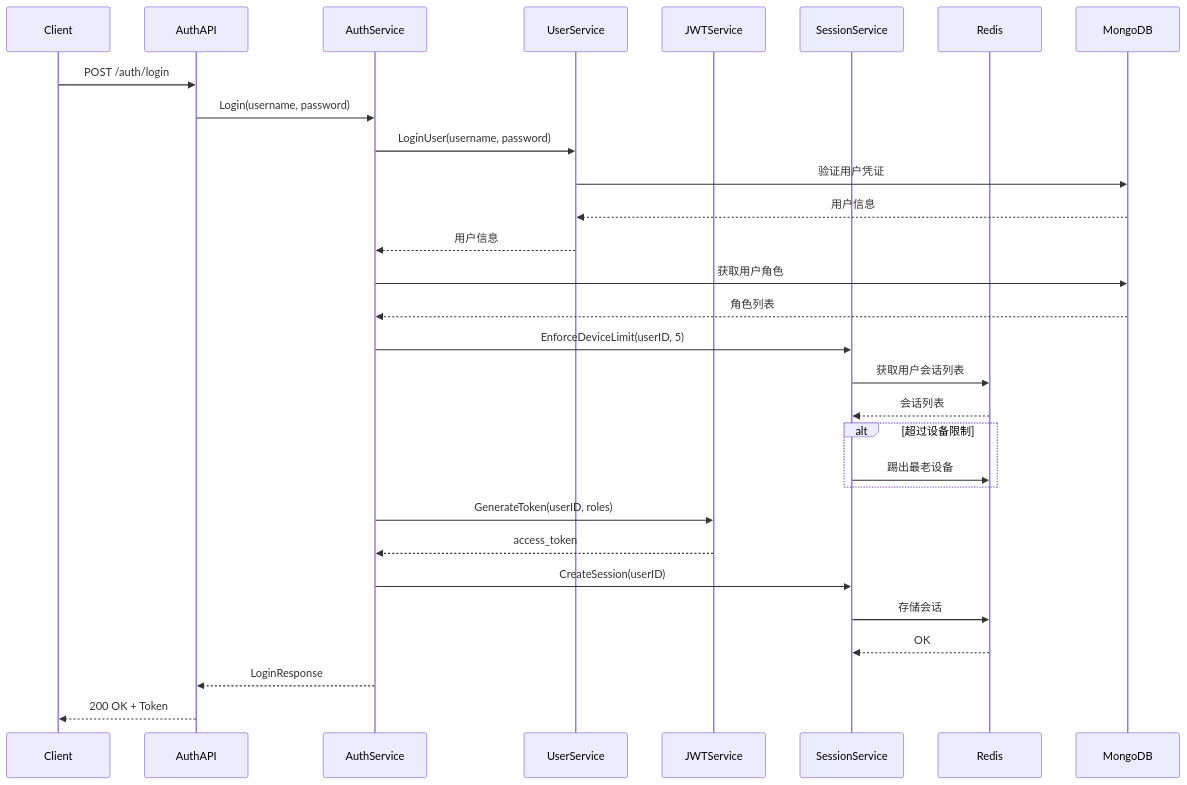
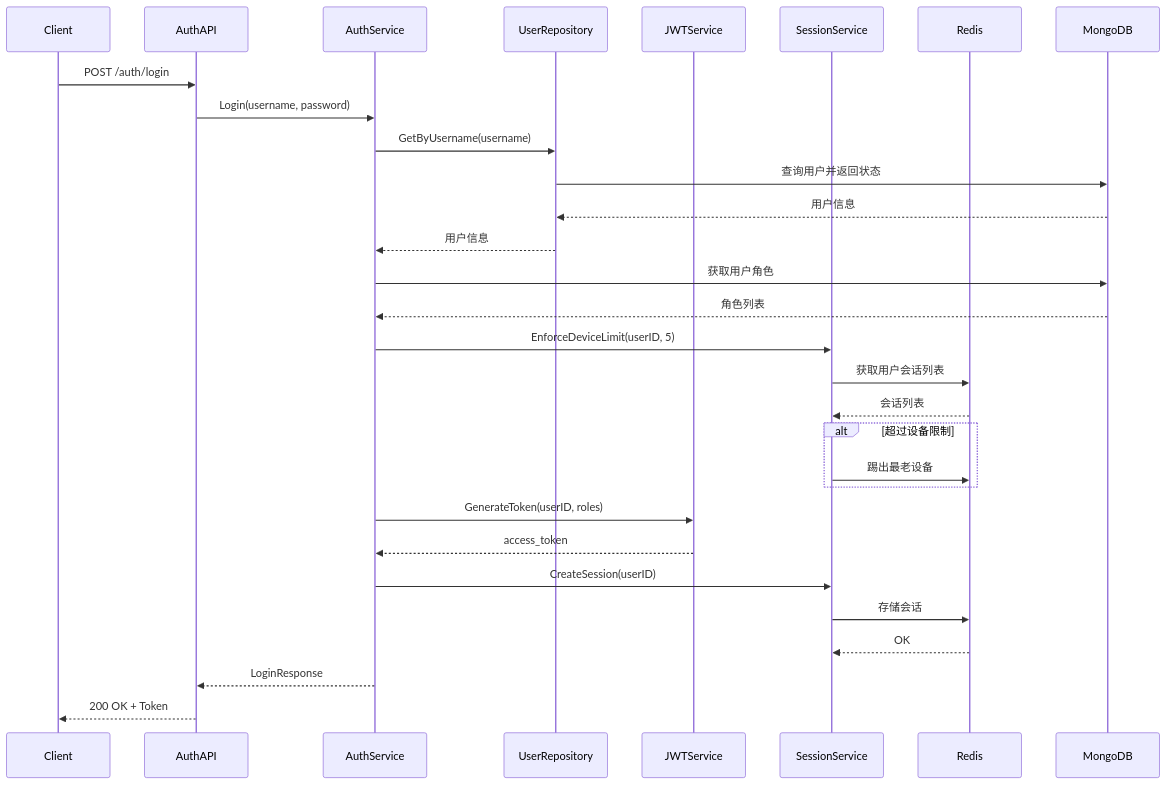
Before and after one commit to yukin371/Qingyu_backend: the second of 4 diagrams in service/auth/README.md, drawn with Mermaid. The commit also changed other lines of this file and 34 other files, not shown here.

Commit message:
refactor(auth): 收口 auth user 边界并退场历史 owner

````diff
--- a/service/auth/README.md
+++ b/service/auth/README.md
@@ -242,38 +242,38 @@
 ```mermaid
 sequenceDiagram
     participant Client
     participant AuthAPI
     participant AuthService
-    participant UserService
+    participant UserRepository
     participant JWTService
     participant SessionService
     participant Redis
     participant MongoDB
 
     Client->>AuthAPI: POST /auth/login
     AuthAPI->>AuthService: Login(username, password)
-    AuthService->>UserService: LoginUser(username, password)
-    UserService->>MongoDB: 验证用户凭证
-    MongoDB-->>UserService: 用户信息
-    UserService-->>AuthService: 用户信息
+    AuthService->>UserRepository: GetByUsername(username)
+    UserRepository->>MongoDB: 查询用户并返回状态
+    MongoDB-->>UserRepository: 用户信息
+    UserRepository-->>AuthService: 用户信息
 
     AuthService->>MongoDB: 获取用户角色
     MongoDB-->>AuthService: 角色列表
 
     AuthService->>SessionService: EnforceDeviceLimit(userID, 5)
     SessionService->>Redis: 获取用户会话列表
     Redis-->>SessionService: 会话列表
     alt 超过设备限制
         SessionService->>Redis: 踢出最老设备
     end
 
     AuthService->>JWTService: GenerateToken(userID, roles)
     JWTService-->>AuthService: access_token
 
     AuthService->>SessionService: CreateSession(userID)
     SessionService->>Redis: 存储会话
     Redis-->>SessionService: OK
 
     AuthService-->>AuthAPI: LoginResponse
     AuthAPI-->>Client: 200 OK + Token
 ```
````
